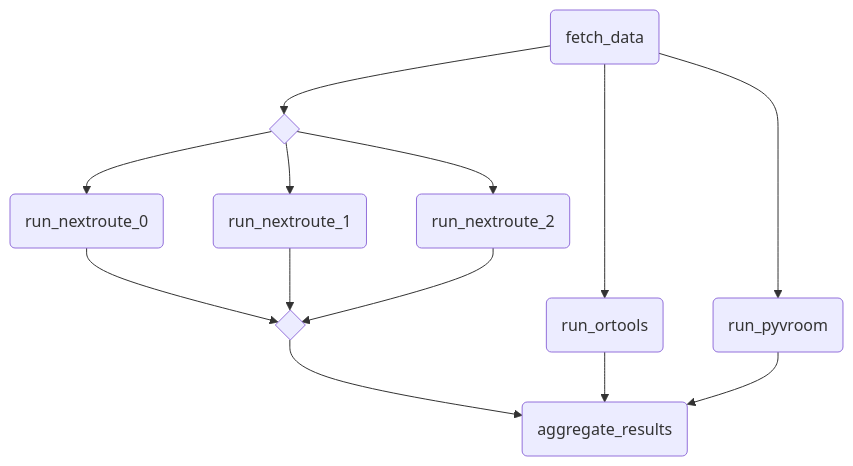
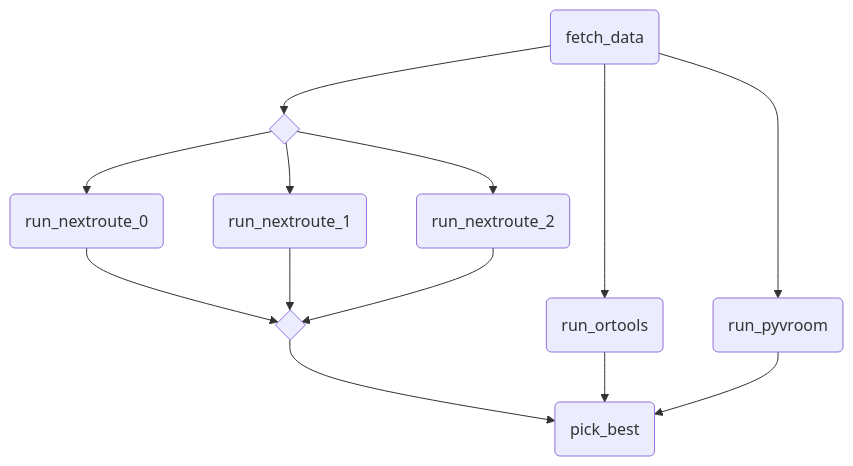
One commit to nextmv-io/nextpipe changed the diagram in examples/pipeline-complex/README.md. Above: the diagram before and after it, drawn with Mermaid. The commit also changed 3 other files, not shown here.

Commit message:
Rename to pick_best

````diff
--- a/examples/pipeline-complex/README.md
+++ b/examples/pipeline-complex/README.md
@@ -7,24 +7,24 @@
 ```mermaid
 graph TD
   fetch_data(fetch_data)
   fetch_data --> run_nextroute
   fetch_data --> run_ortools
   fetch_data --> run_pyvroom
   run_nextroute{ }
   run_nextroute_join{ }
   run_nextroute_0(run_nextroute_0)
   run_nextroute --> run_nextroute_0
   run_nextroute_0 --> run_nextroute_join
   run_nextroute_1(run_nextroute_1)
   run_nextroute --> run_nextroute_1
   run_nextroute_1 --> run_nextroute_join
   run_nextroute_2(run_nextroute_2)
   run_nextroute --> run_nextroute_2
   run_nextroute_2 --> run_nextroute_join
-  run_nextroute_join --> aggregate_results
+  run_nextroute_join --> pick_best
   run_ortools(run_ortools)
-  run_ortools --> aggregate_results
+  run_ortools --> pick_best
   run_pyvroom(run_pyvroom)
-  run_pyvroom --> aggregate_results
-  aggregate_results(aggregate_results)
+  run_pyvroom --> pick_best
+  pick_best(pick_best)
 ```
````
